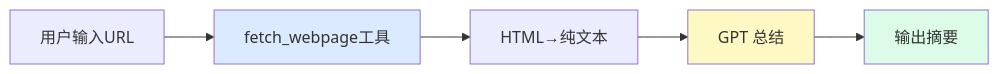
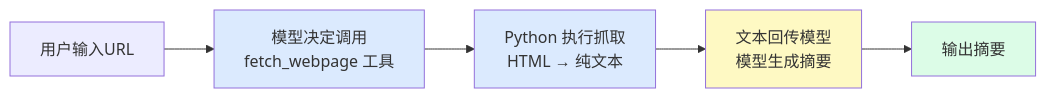
One commit to xesam/ai-teaches-you-to-learn-aiagent changed the first of 3 diagrams in docs/04-web-summarizer.md. Above: the diagram before and after it, drawn with Mermaid. The commit also changed other lines of this file and 2 other files, not shown here.

````diff
--- a/docs/04-web-summarizer.md
+++ b/docs/04-web-summarizer.md
@@ -31,11 +57,12 @@
 ```mermaid
 graph LR
-    A[用户输入URL] --> B[fetch_webpage工具]
-    B --> C[HTML→纯文本]
-    C --> D[GPT 总结]
+    A[用户输入URL] --> B["模型决定调用<br/>fetch_webpage 工具"]
+    B --> C["Python 执行抓取<br/>HTML → 纯文本"]
+    C --> D["文本回传模型<br/>模型生成摘要"]
     D --> E[输出摘要]
 
     style B fill:#dbeafe
+    style C fill:#dbeafe
     style D fill:#fef9c3
     style E fill:#dcfce7
 ```
````
